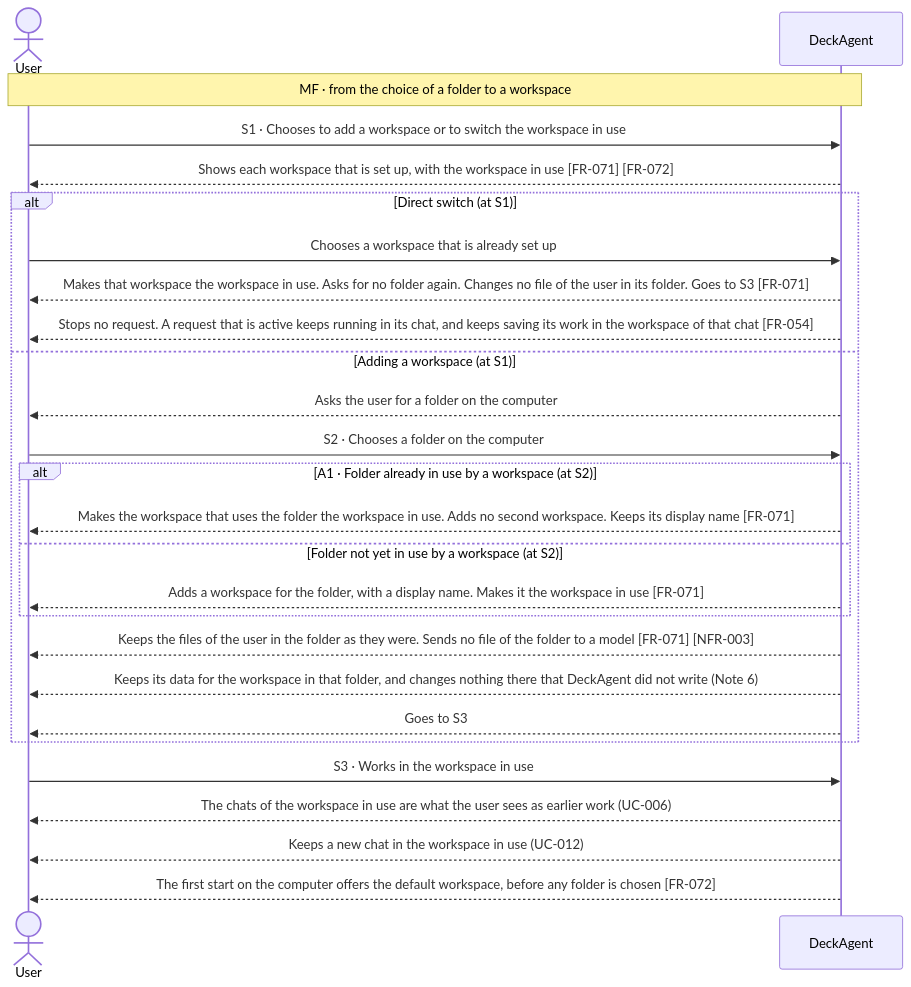
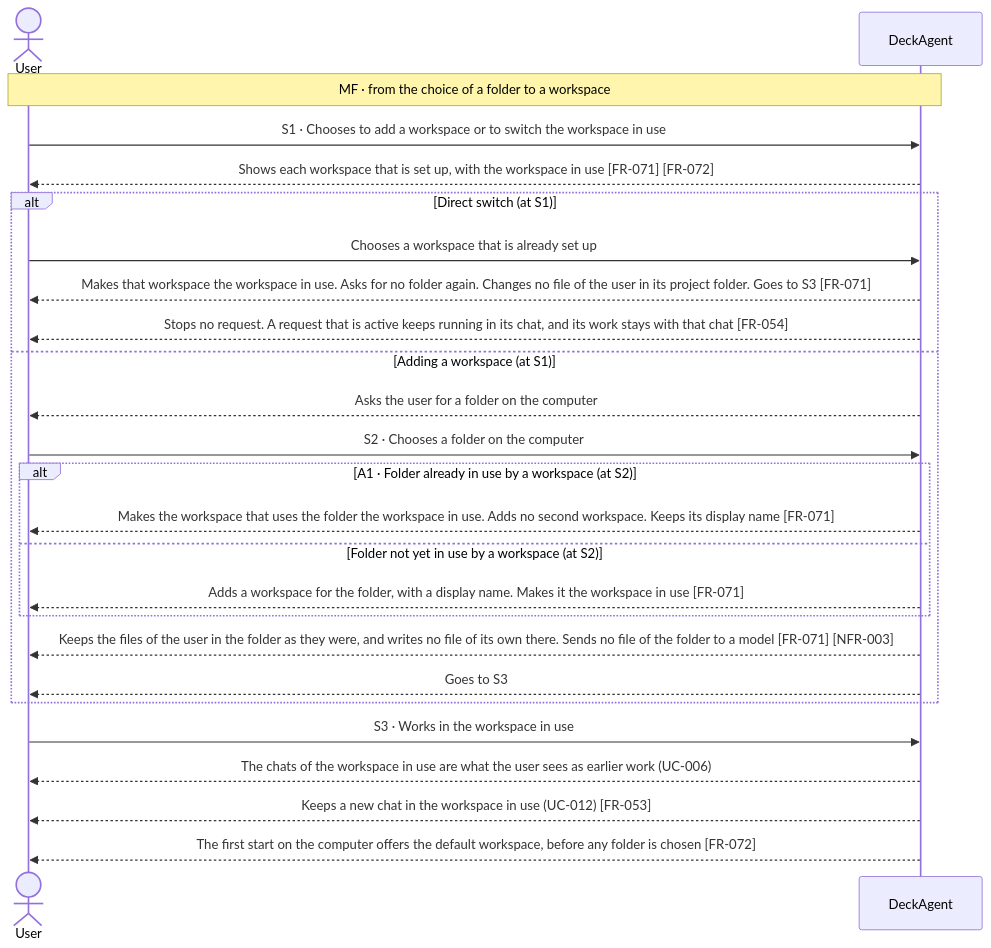
One commit to Luke23127006/DeckAgent changed the first of 2 diagrams in docs/spec/03-use-cases/UC-013.md. Above: the diagram before and after it, drawn with Mermaid. The commit also changed other lines of this file and 31 other files, not shown here.

````diff
--- a/docs/spec/03-use-cases/UC-013.md
+++ b/docs/spec/03-use-cases/UC-013.md
@@ -41,28 +41,27 @@
 ```mermaid
 sequenceDiagram
     actor User
     participant DeckAgent
     Note over User,DeckAgent: MF · from the choice of a folder to a workspace
     User->>DeckAgent: S1 · Chooses to add a workspace or to switch the workspace in use
     DeckAgent-->>User: Shows each workspace that is set up, with the workspace in use [FR-071] [FR-072]
     alt Direct switch (at S1)
         User->>DeckAgent: Chooses a workspace that is already set up
-        DeckAgent-->>User: Makes that workspace the workspace in use. Asks for no folder again. Changes no file of the user in its folder. Goes to S3 [FR-071]
-        DeckAgent-->>User: Stops no request. A request that is active keeps running in its chat, and keeps saving its work in the workspace of that chat [FR-054]
+        DeckAgent-->>User: Makes that workspace the workspace in use. Asks for no folder again. Changes no file of the user in its project folder. Goes to S3 [FR-071]
+        DeckAgent-->>User: Stops no request. A request that is active keeps running in its chat, and its work stays with that chat [FR-054]
     else Adding a workspace (at S1)
         DeckAgent-->>User: Asks the user for a folder on the computer
         User->>DeckAgent: S2 · Chooses a folder on the computer
         alt A1 · Folder already in use by a workspace (at S2)
             DeckAgent-->>User: Makes the workspace that uses the folder the workspace in use. Adds no second workspace. Keeps its display name [FR-071]
         else Folder not yet in use by a workspace (at S2)
             DeckAgent-->>User: Adds a workspace for the folder, with a display name. Makes it the workspace in use [FR-071]
         end
-        DeckAgent-->>User: Keeps the files of the user in the folder as they were. Sends no file of the folder to a model [FR-071] [NFR-003]
-        DeckAgent-->>User: Keeps its data for the workspace in that folder, and changes nothing there that DeckAgent did not write (Note 6)
+        DeckAgent-->>User: Keeps the files of the user in the folder as they were, and writes no file of its own there. Sends no file of the folder to a model [FR-071] [NFR-003]
         DeckAgent-->>User: Goes to S3
     end
     User->>DeckAgent: S3 · Works in the workspace in use
     DeckAgent-->>User: The chats of the workspace in use are what the user sees as earlier work (UC-006)
-    DeckAgent-->>User: Keeps a new chat in the workspace in use (UC-012)
+    DeckAgent-->>User: Keeps a new chat in the workspace in use (UC-012) [FR-053]
     DeckAgent-->>User: The first start on the computer offers the default workspace, before any folder is chosen [FR-072]
 ```
````
